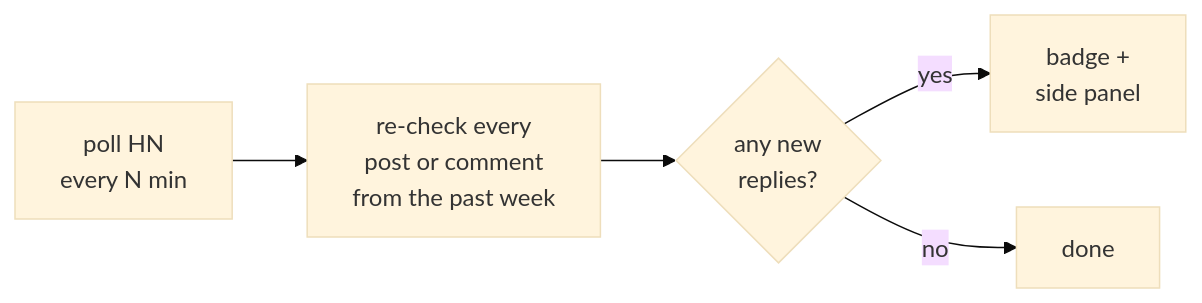
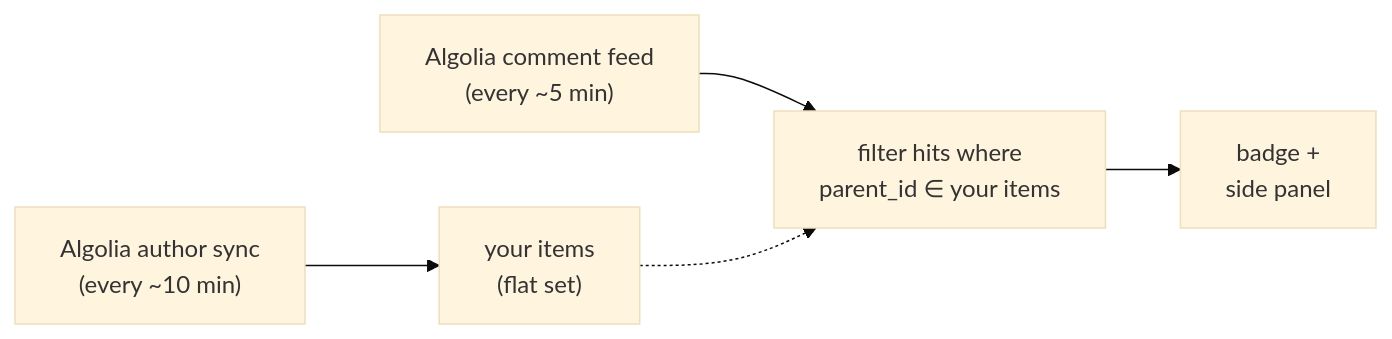
One commit to adam-s/hnswered changed the first of 2 diagrams in README.md. Above: the diagram before and after it, drawn with Mermaid (base theme). The commit also changed other lines of this file and 38 other files, not shown here.

````diff
--- a/README.md
+++ b/README.md
@@ -9,7 +9,7 @@
 ```mermaid
 flowchart LR
-    poll["poll HN<br/>every N min"] --> check["re-check every<br/>post or comment<br/>from the past week"]
-    check --> diff{"any new<br/>replies?"}
-    diff -- yes --> show["badge +<br/>side panel"]
-    diff -- no --> done["done"]
+    sync["Algolia author sync<br/>(every ~10 min)"] --> monitored["your items<br/>(flat set)"]
+    poll["Algolia comment feed<br/>(every ~5 min)"] --> filter["filter hits where<br/>parent_id ∈ your items"]
+    filter --> show["badge +<br/>side panel"]
+    monitored -.-> filter
 ```
````
